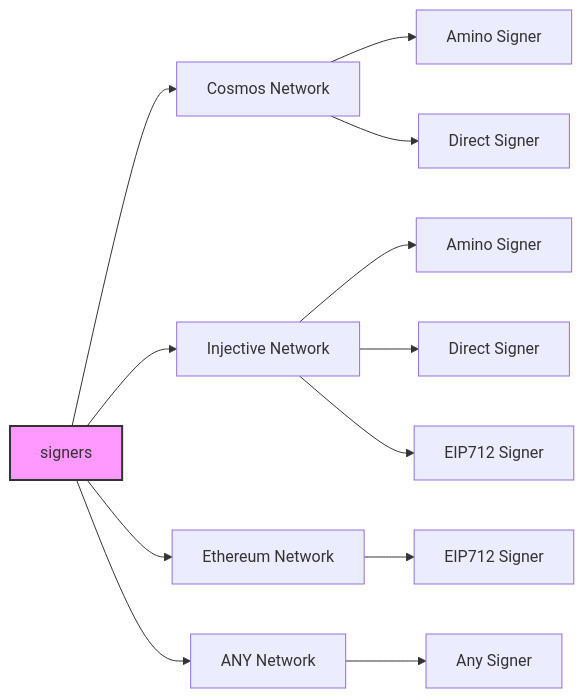
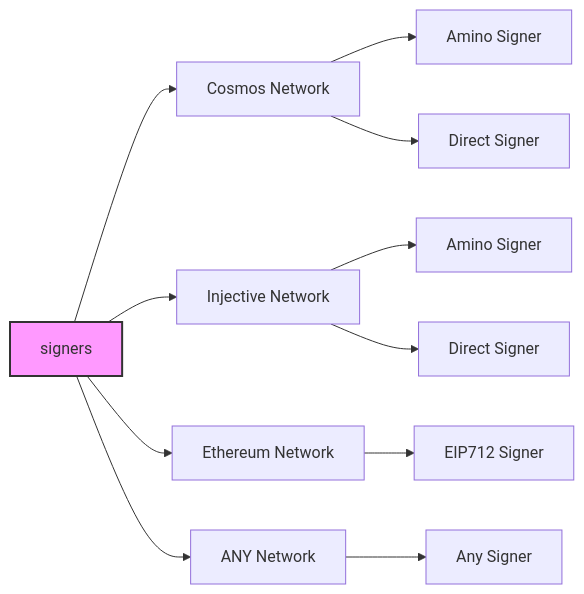
The first of 2 diagrams in README.md (cosmology-tech/interchainjs), drawn with Mermaid before and after one commit. The commit also changed other lines of this file, not shown here.

````diff
--- a/README.md
+++ b/README.md
@@ -27,20 +27,19 @@
 ```mermaid
 graph LR
     signers --> cosmos_signer["Cosmos Network"]
     signers --> injective_signer["Injective Network"]
     signers --> ethereum_signer["Ethereum Network"]
     signers --> implement_signer["ANY Network"]
 
     cosmos_signer --> cosmos_amino["Amino Signer"]
     cosmos_signer --> cosmos_direct["Direct Signer"]
 
     ethereum_signer --> ethereum_eip712["EIP712 Signer"]
 
     injective_signer --> injective_amino["Amino Signer"]
     injective_signer --> injective_direct["Direct Signer"]
-    injective_signer --> injective_eip712["EIP712 Signer"]
 
     implement_signer --> any_signer["Any Signer"]
 
     style signers fill:#f9f,stroke:#333,stroke-width:2px
 ```
````
